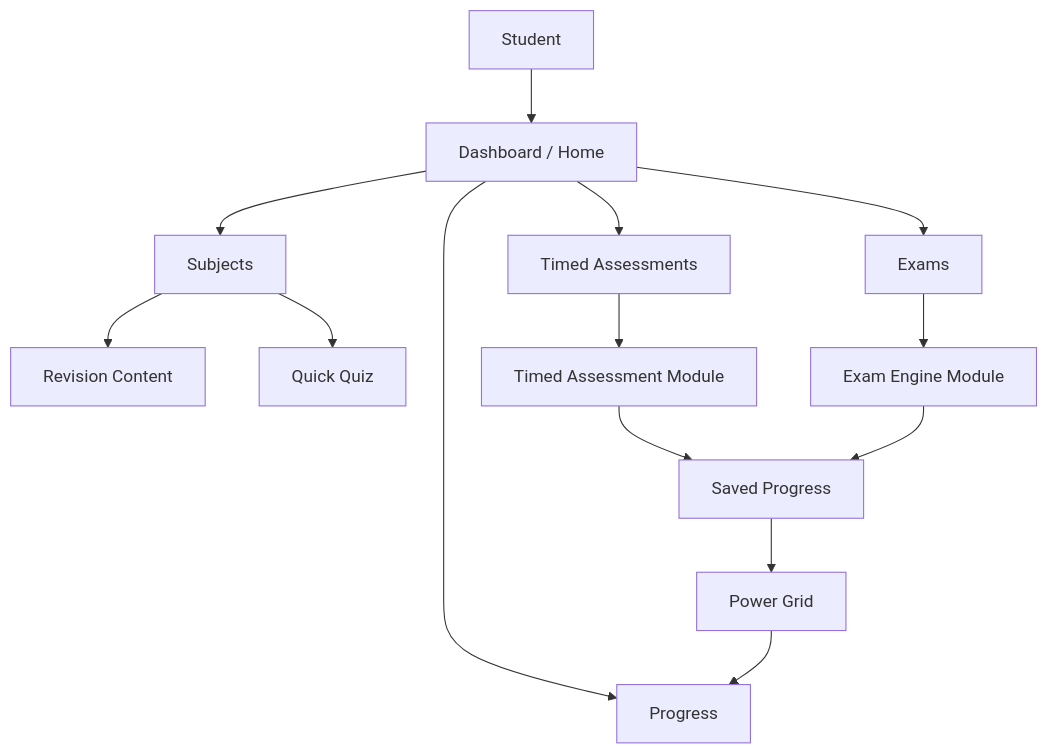
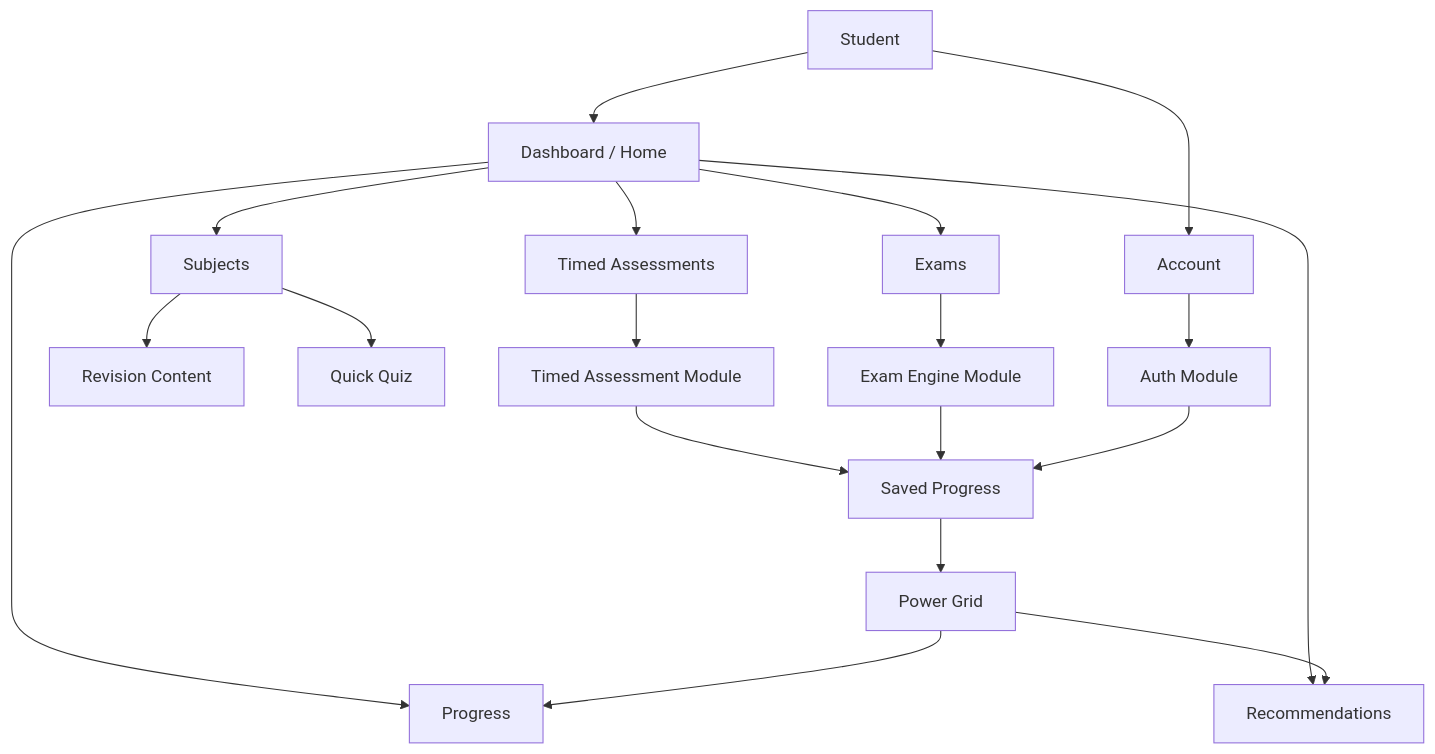
One commit to tech-fresh/the-switch-platform changed the first of 9 diagrams in README.md. Above: the diagram before and after it, drawn with Mermaid. The commit also changed other lines of this file and 53 other files, not shown here.

Commit message:
Expand MVP architecture and content sourcing

````diff
--- a/README.md
+++ b/README.md
@@ -71,16 +74,21 @@
 ```mermaid
 flowchart TD
     A["Student"] --> B["Dashboard / Home"]
+    A --> B2["Account"]
     B --> C["Subjects"]
     B --> D["Timed Assessments"]
     B --> E["Exams"]
     B --> F["Progress"]
+    B --> M["Recommendations"]
+    B2 --> N["Auth Module"]
     C --> G["Revision Content"]
     C --> H["Quick Quiz"]
     D --> I["Timed Assessment Module"]
     E --> J["Exam Engine Module"]
     I --> K["Saved Progress"]
     J --> K
     K --> L["Power Grid"]
     L --> F
+    L --> M
+    N --> K
 ```
````
